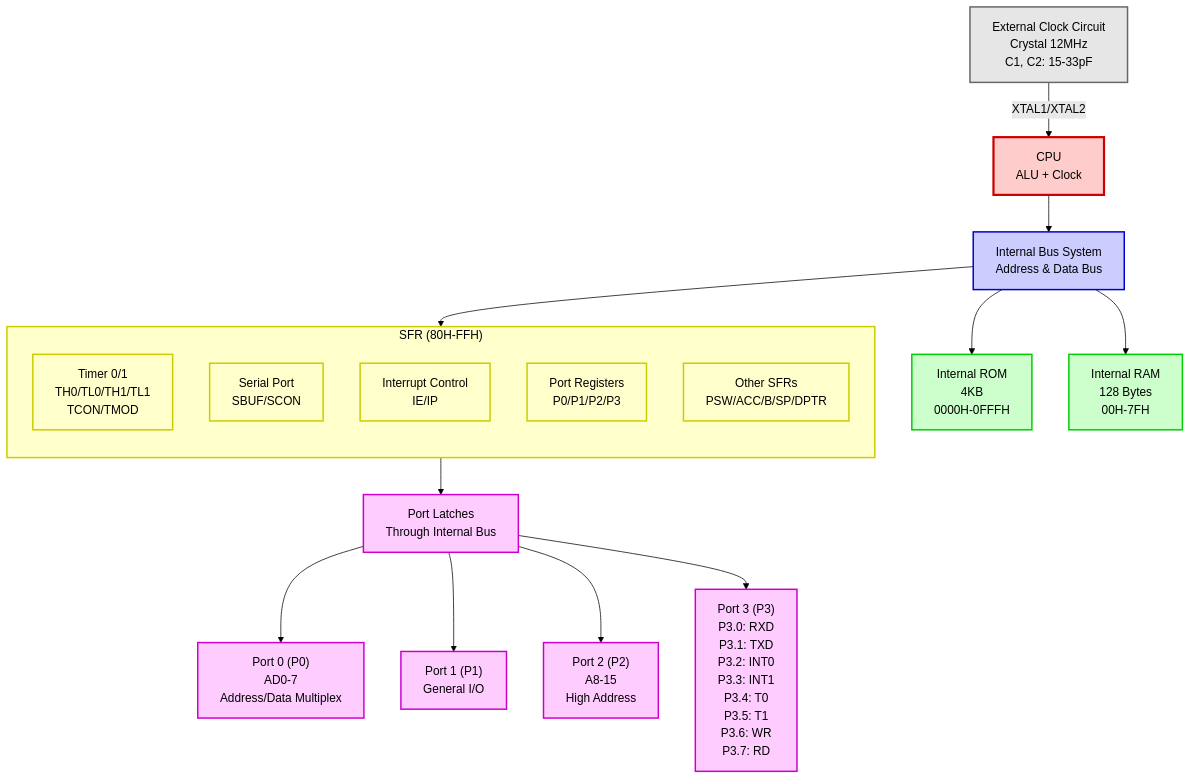
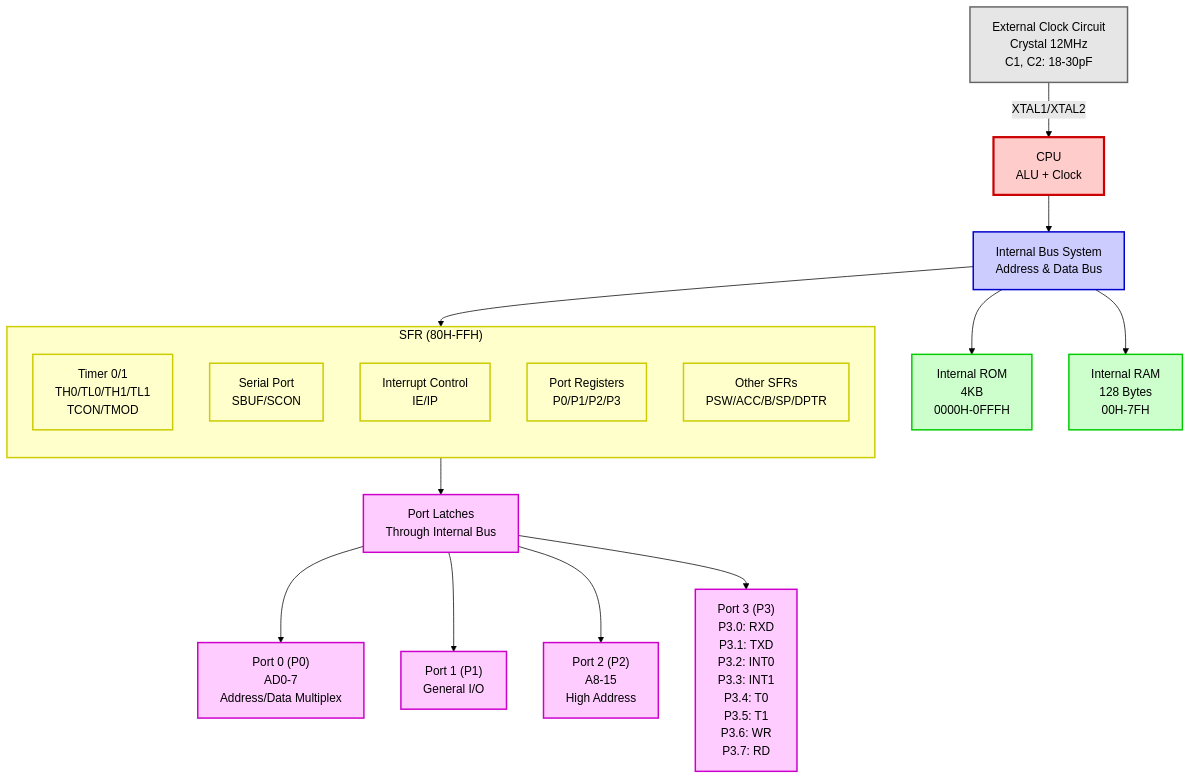
One commit to ProgramSkill/CppDemo changed the first of 7 diagrams in Embedded/8051_Microcontroller/02_Hardware_Architecture/README.md. Above: the diagram before and after it, drawn with Mermaid (forest theme). The commit also changed other lines of this file, not shown here.

````diff
--- a/Embedded/8051_Microcontroller/02_Hardware_Architecture/README.md
+++ b/Embedded/8051_Microcontroller/02_Hardware_Architecture/README.md
@@ -13,61 +13,61 @@
 ```mermaid
 graph TB
     %% External Clock Circuit
-    XTAL[External Clock Circuit<br/>Crystal 12MHz<br/>C1, C2: 15-33pF]
+    XTAL[External Clock Circuit<br/>Crystal 12MHz<br/>C1, C2: 18-30pF]
 
     %% CPU Core
     CPU[CPU<br/>ALU + Clock]
 
     %% Internal Bus System
     BUS[Internal Bus System<br/>Address & Data Bus]
 
     %% Memory Components
     ROM[Internal ROM<br/>4KB<br/>0000H-0FFFH]
     RAM[Internal RAM<br/>128 Bytes<br/>00H-7FH]
 
     %% SFR Region with subcomponents
     subgraph SFR["SFR (80H-FFH)"]
         direction TB
         TIMER[Timer 0/1<br/>TH0/TL0/TH1/TL1<br/>TCON/TMOD]
         SERIAL[Serial Port<br/>SBUF/SCON]
         INTERRUPT[Interrupt Control<br/>IE/IP]
         PORTREG[Port Registers<br/>P0/P1/P2/P3]
         OTHERFR[Other SFRs<br/>PSW/ACC/B/SP/DPTR]
     end
 
     %% Port Latches
     LATCH[Port Latches<br/>Through Internal Bus]
 
     %% Physical Ports
     P0["Port 0 (P0)<br/>AD0-7<br/>Address/Data Multiplex"]
     P1["Port 1 (P1)<br/>General I/O"]
     P2["Port 2 (P2)<br/>A8-15<br/>High Address"]
     P3["Port 3 (P3)<br/>P3.0: RXD<br/>P3.1: TXD<br/>P3.2: INT0<br/>P3.3: INT1<br/>P3.4: T0<br/>P3.5: T1<br/>P3.6: WR<br/>P3.7: RD"]
 
     %% Connections
     XTAL -->|XTAL1/XTAL2| CPU
     CPU --> BUS
     BUS --> ROM
     BUS --> RAM
     BUS --> SFR
     PORTREG --> LATCH
     LATCH --> P0
     LATCH --> P1
     LATCH --> P2
     LATCH --> P3
 
     %% Styling
     classDef cpuClass fill:#ffcccc,stroke:#cc0000,stroke-width:3px,color:#000
     classDef busClass fill:#ccccff,stroke:#0000cc,stroke-width:2px,color:#000
     classDef memClass fill:#ccffcc,stroke:#00cc00,stroke-width:2px,color:#000
     classDef sfrClass fill:#ffffcc,stroke:#cccc00,stroke-width:2px,color:#000
     classDef portClass fill:#ffccff,stroke:#cc00cc,stroke-width:2px,color:#000
     classDef extClass fill:#e6e6e6,stroke:#666666,stroke-width:2px,color:#000
 
     class CPU cpuClass
     class BUS busClass
     class ROM,RAM memClass
     class SFR,TIMER,SERIAL,INTERRUPT,PORTREG,OTHERFR sfrClass
     class LATCH,P0,P1,P2,P3 portClass
     class XTAL extClass
 ```
````
